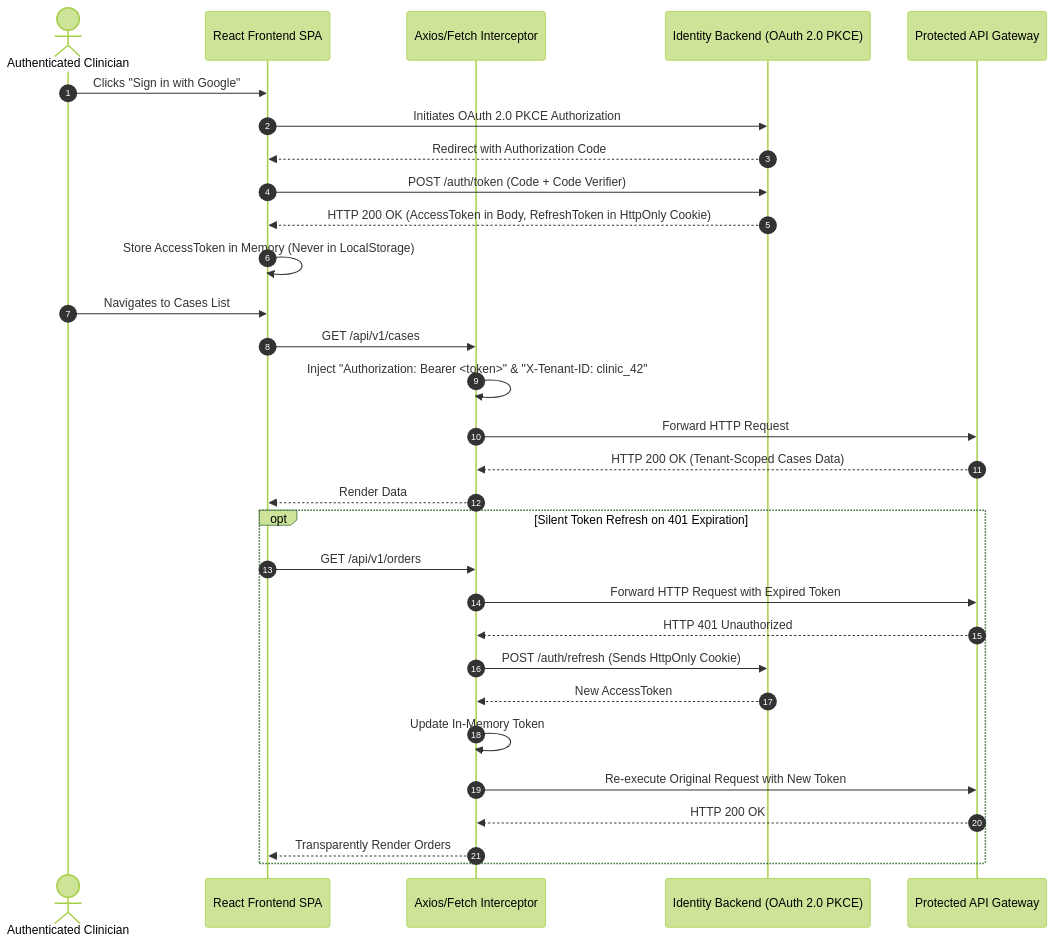
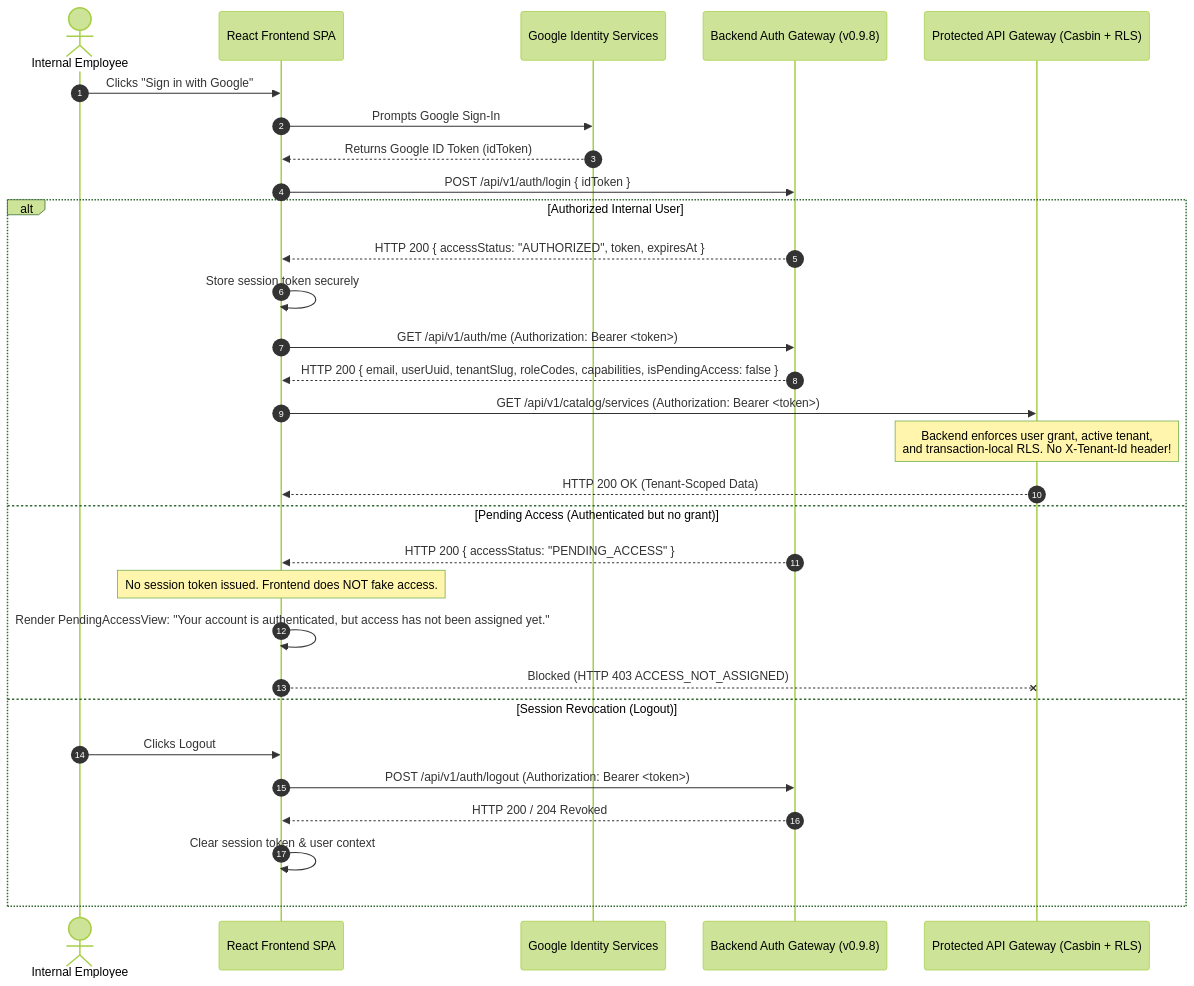
Before and after one commit to Abdo2000-1/newcp-ui-option-a: the eighth of 11 diagrams in docs/01_PROJECT/SDS.md, drawn with Mermaid (forest theme). The commit also changed other lines of this file and 7 other files, not shown here.

````diff
--- a/docs/01_PROJECT/SDS.md
+++ b/docs/01_PROJECT/SDS.md
@@ -564,35 +564,34 @@
 ```mermaid
 sequenceDiagram
     autonumber
-    actor User as Authenticated Clinician
+    actor User as Internal Employee
     participant App as React Frontend SPA
-    participant Interceptor as Axios/Fetch Interceptor
-    participant AuthServ as Identity Backend (OAuth 2.0 PKCE)
-    participant Api as Protected API Gateway
+    participant GIS as Google Identity Services
+    participant AuthApi as Backend Auth Gateway (v0.9.8)
+    participant ProtectedApi as Protected API Gateway (Casbin + RLS)
 
     User->>App: Clicks "Sign in with Google"
-    App->>AuthServ: Initiates OAuth 2.0 PKCE Authorization
-    AuthServ-->>App: Redirect with Authorization Code
-    App->>AuthServ: POST /auth/token (Code + Code Verifier)
-    AuthServ-->>App: HTTP 200 OK (AccessToken in Body, RefreshToken in HttpOnly Cookie)
-    App->>App: Store AccessToken in Memory (Never in LocalStorage)
+    App->>GIS: Prompts Google Sign-In
+    GIS-->>App: Returns Google ID Token (idToken)
+    App->>AuthApi: POST /api/v1/auth/login { idToken }
 
-    User->>App: Navigates to Cases List
-    App->>Interceptor: GET /api/v1/cases
-    Interceptor->>Interceptor: Inject "Authorization: Bearer <token>" & "X-Tenant-ID: clinic_42"
-    Interceptor->>Api: Forward HTTP Request
-    Api-->>Interceptor: HTTP 200 OK (Tenant-Scoped Cases Data)
-    Interceptor-->>App: Render Data
-
-    opt Silent Token Refresh on 401 Expiration
-        App->>Interceptor: GET /api/v1/orders
-        Interceptor->>Api: Forward HTTP Request with Expired Token
-        Api-->>Interceptor: HTTP 401 Unauthorized
-        Interceptor->>AuthServ: POST /auth/refresh (Sends HttpOnly Cookie)
-        AuthServ-->>Interceptor: New AccessToken
-        Interceptor->>Interceptor: Update In-Memory Token
-        Interceptor->>Api: Re-execute Original Request with New Token
-        Api-->>Interceptor: HTTP 200 OK
-        Interceptor-->>App: Transparently Render Orders
+    alt Authorized Internal User
+        AuthApi-->>App: HTTP 200 { accessStatus: "AUTHORIZED", token, expiresAt }
+        App->>App: Store session token securely
+        App->>AuthApi: GET /api/v1/auth/me (Authorization: Bearer <token>)
+        AuthApi-->>App: HTTP 200 { email, userUuid, tenantSlug, roleCodes, capabilities, isPendingAccess: false }
+        App->>ProtectedApi: GET /api/v1/catalog/services (Authorization: Bearer <token>)
+        Note over ProtectedApi: Backend enforces user grant, active tenant,<br/>and transaction-local RLS. No X-Tenant-Id header!
+        ProtectedApi-->>App: HTTP 200 OK (Tenant-Scoped Data)
+    else Pending Access (Authenticated but no grant)
+        AuthApi-->>App: HTTP 200 { accessStatus: "PENDING_ACCESS" }
+        Note over App: No session token issued. Frontend does NOT fake access.
+        App->>App: Render PendingAccessView: "Your account is authenticated, but access has not been assigned yet."
+        App--xProtectedApi: Blocked (HTTP 403 ACCESS_NOT_ASSIGNED)
+    else Session Revocation (Logout)
+        User->>App: Clicks Logout
+        App->>AuthApi: POST /api/v1/auth/logout (Authorization: Bearer <token>)
+        AuthApi-->>App: HTTP 200 / 204 Revoked
+        App->>App: Clear session token & user context
     end
 ```
````
